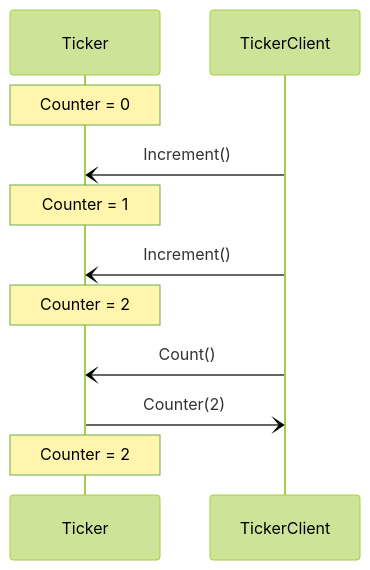
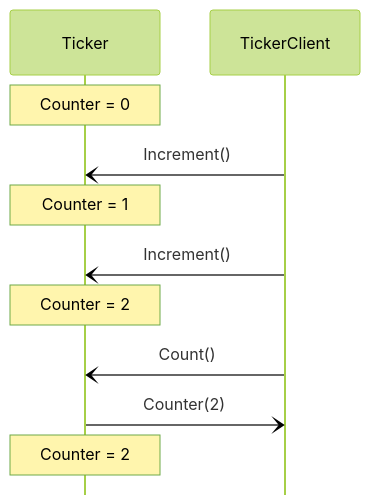
The diagram in docs/tutorial/engines/examples/ticker_overview.md (anoma/nspec), drawn with Mermaid (forest theme) before and after one commit. The commit also changed other lines of this file and 1 other file, not shown here.

````diff
--- a/docs/tutorial/engines/examples/ticker_overview.md
+++ b/docs/tutorial/engines/examples/ticker_overview.md
@@ -29,18 +29,19 @@
 ```mermaid
+%%{initialize: {'mirrorActors': false} }%%
 sequenceDiagram
     participant Ticker
     participant EngineTickerClient as TickerClient
 
     Note over Ticker: Counter = 0
     
     EngineTickerClient -) Ticker: Increment()
     Note over Ticker: Counter = 1
 
     EngineTickerClient -) Ticker: Increment()
     Note over Ticker: Counter = 2
 
     EngineTickerClient -) Ticker: Count()
     Ticker -) EngineTickerClient: Counter(2)
 
     Note over Ticker: Counter = 2
 ```
````
